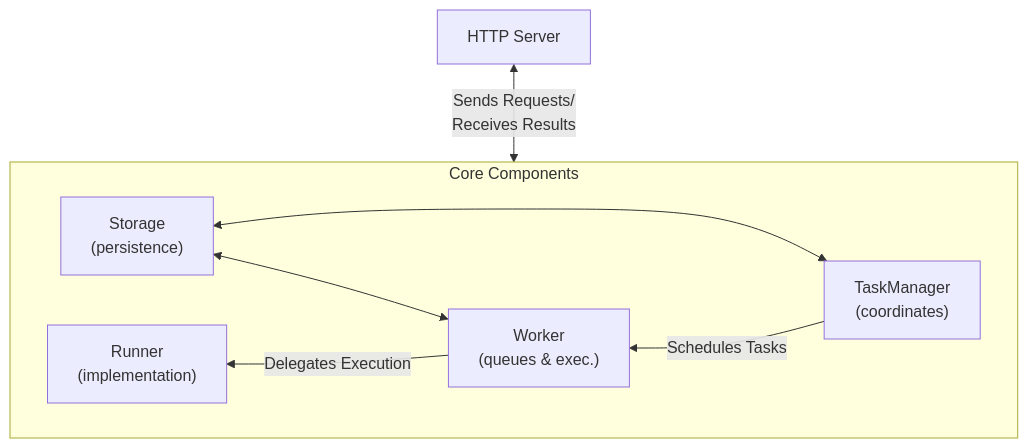
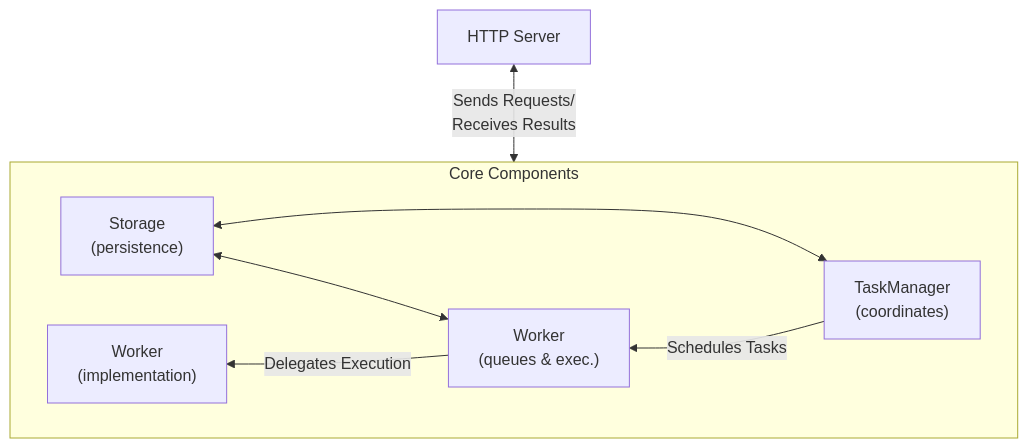
The diagram in docs/a2a/fasta2a.md (pydantic/pydantic-ai), drawn with Mermaid before and after one commit. The commit also changed other lines of this file and 7 other files, not shown here.

Commit message:
Replace Runner by Worker

````diff
--- a/docs/a2a/fasta2a.md
+++ b/docs/a2a/fasta2a.md
@@ -30,14 +30,14 @@
 ```mermaid
 flowchart TB
     Server["HTTP Server"] <--> |Sends Requests/<br>Receives Results| TM
 
     subgraph CC[Core Components]
         direction RL
         TM["TaskManager<br>(coordinates)"] --> |Schedules Tasks| TE
         TM <--> Storage
         TE["Worker<br>(queues & exec.)"] <--> Storage["Storage<br>(persistence)"]
-        TE --> |Delegates Execution| Runner
+        TE --> |Delegates Execution| Worker
     end
 
-    Runner["Runner<br>(implementation)"]
+    Worker["Worker<br>(implementation)"]
 ```
````
